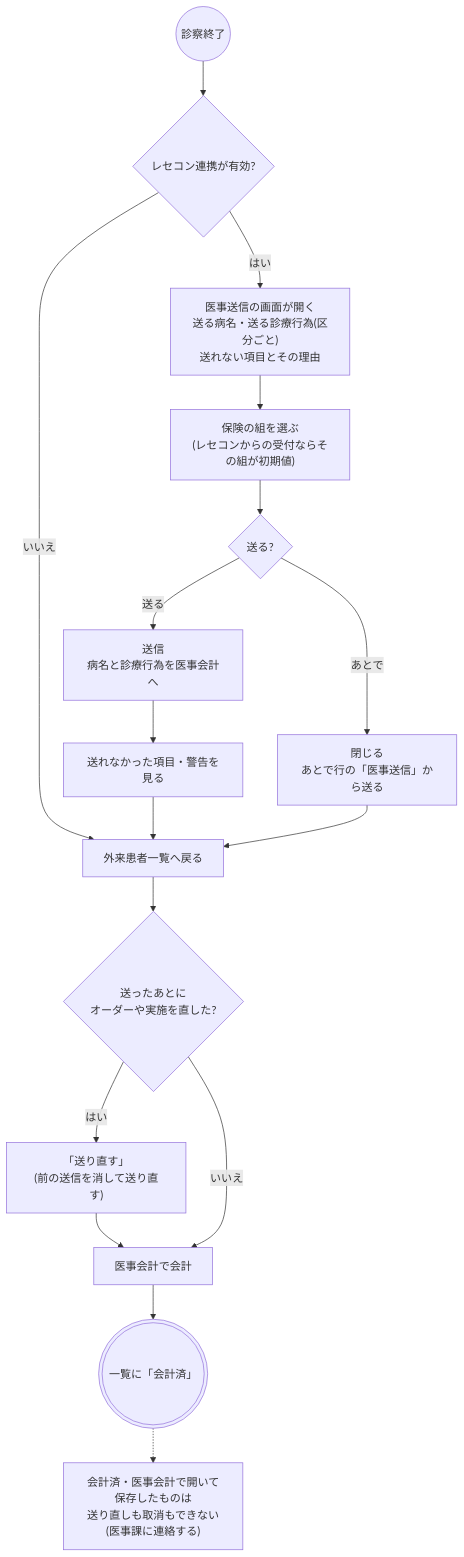
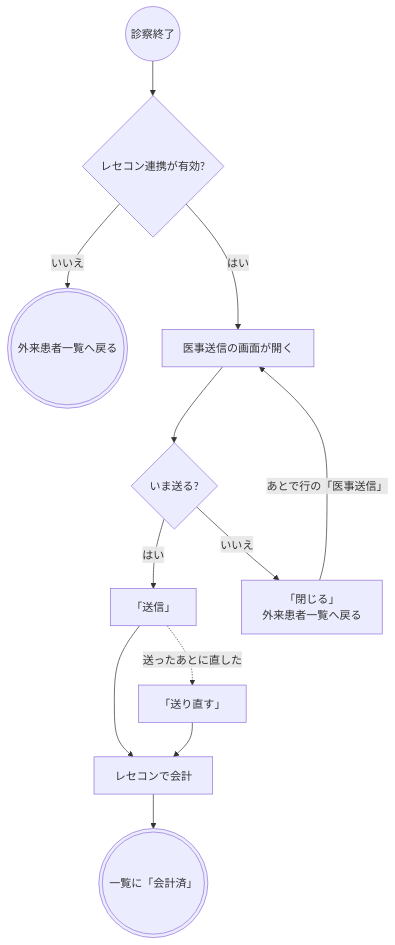
The seventh of 18 diagrams in docs/order-flows/outpatient.md (ysnr-dev/fhir-client), drawn with Mermaid before and after one commit. The commit also changed other lines of this file and 14 other files, not shown here.

Commit message:
docs: 業務フローに書き方の決まりを追加し図と用語を整理

````diff
--- a/docs/order-flows/outpatient.md
+++ b/docs/order-flows/outpatient.md
@@ -250,28 +322,21 @@
 ```mermaid
 flowchart TD
   finished(("診察終了"))
   linkQ{"レセコン連携が有効?"}
-  back["外来患者一覧へ戻る"]
-  modal["医事送信の画面が開く<br/>送る病名・送る診療行為(区分ごと)<br/>送れない項目とその理由"]
-  coverage["保険の組を選ぶ<br/>(レセコンからの受付ならその組が初期値)"]
-  sendQ{"送る?"}
-  sent["送信<br/>病名と診療行為を医事会計へ"]
-  warn["送れなかった項目・警告を見る"]
-  later["閉じる<br/>あとで行の「医事送信」から送る"]
-  fix{"送ったあとに<br/>オーダーや実施を直した?"}
-  resend["「送り直す」<br/>(前の送信を消して送り直す)"]
-  pay["医事会計で会計"]
+  endNo((("外来患者一覧へ戻る")))
+  modal["医事送信の画面が開く"]
+  sendQ{"いま送る?"}
+  sent["「送信」"]
+  later["「閉じる」<br/>外来患者一覧へ戻る"]
+  resend["「送り直す」"]
+  pay["レセコンで会計"]
   settled((("一覧に「会計済」")))
-  lock["会計済・医事会計で開いて保存したものは<br/>送り直しも取消もできない<br/>(医事課に連絡する)"]
 
   finished --> linkQ
-  linkQ -- "いいえ" --> back
-  linkQ -- "はい" --> modal --> coverage --> sendQ
-  sendQ -- "送る" --> sent --> warn --> back
-  sendQ -- "あとで" --> later --> back
-  back --> fix
-  fix -- "はい" --> resend --> pay
-  fix -- "いいえ" --> pay
-  pay --> settled
-  settled -.-> lock
+  linkQ -- "いいえ" --> endNo
+  linkQ -- "はい" --> modal --> sendQ
+  sendQ -- "はい" --> sent --> pay --> settled
+  sendQ -- "いいえ" --> later
+  later -- "あとで行の「医事送信」" --> modal
+  sent -. "送ったあとに直した" .-> resend --> pay
 ```
````
